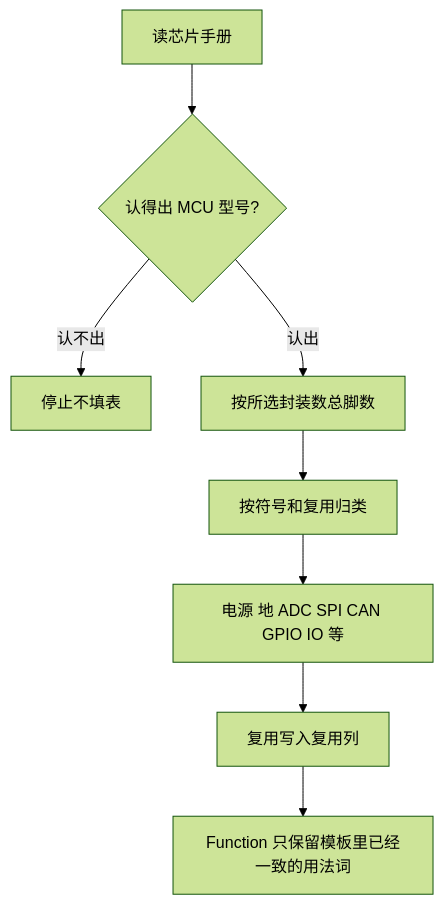
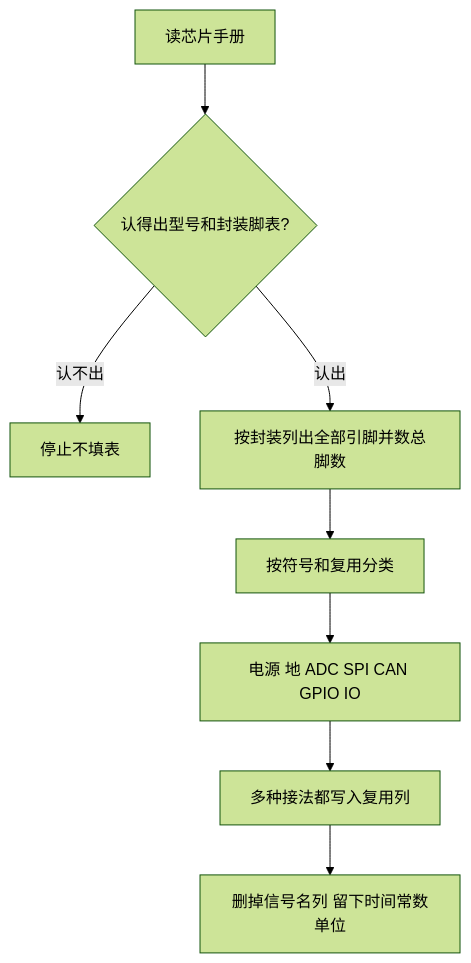
One commit to wang049/qibiao changed the second of 4 diagrams in docs/出表流程.md. Above: the diagram before and after it, drawn with Mermaid (forest theme). The commit also changed other lines of this file and 30 other files, not shown here.

Commit message:
有原理图时按 DHTE400 发布稿归档，只改对上的格子并保持原表能直接用。ICD 在原表写明和上一版的关系，流程图按实际出表步骤写清。

````diff
--- a/docs/出表流程.md
+++ b/docs/出表流程.md
@@ -27,10 +34,10 @@
 ```mermaid
 flowchart TD
-  A[读芯片手册] --> B{认得出 MCU 型号?}
+  A[读芯片手册] --> B{认得出型号和封装脚表?}
   B -->|认不出| Z[停止不填表]
-  B -->|认出| C[按所选封装数总脚数]
-  C --> D[按符号和复用归类]
-  D --> E[电源 地 ADC SPI CAN GPIO IO 等]
-  E --> F[复用写入复用列]
-  F --> G[Function 只保留模板里已经一致的用法词]
+  B -->|认出| C[按封装列出全部引脚并数总脚数]
+  C --> D[按符号和复用分类]
+  D --> E[电源 地 ADC SPI CAN GPIO IO]
+  E --> F[多种接法都写入复用列]
+  F --> G[删掉信号名列 留下时间常数单位]
 ```
````
